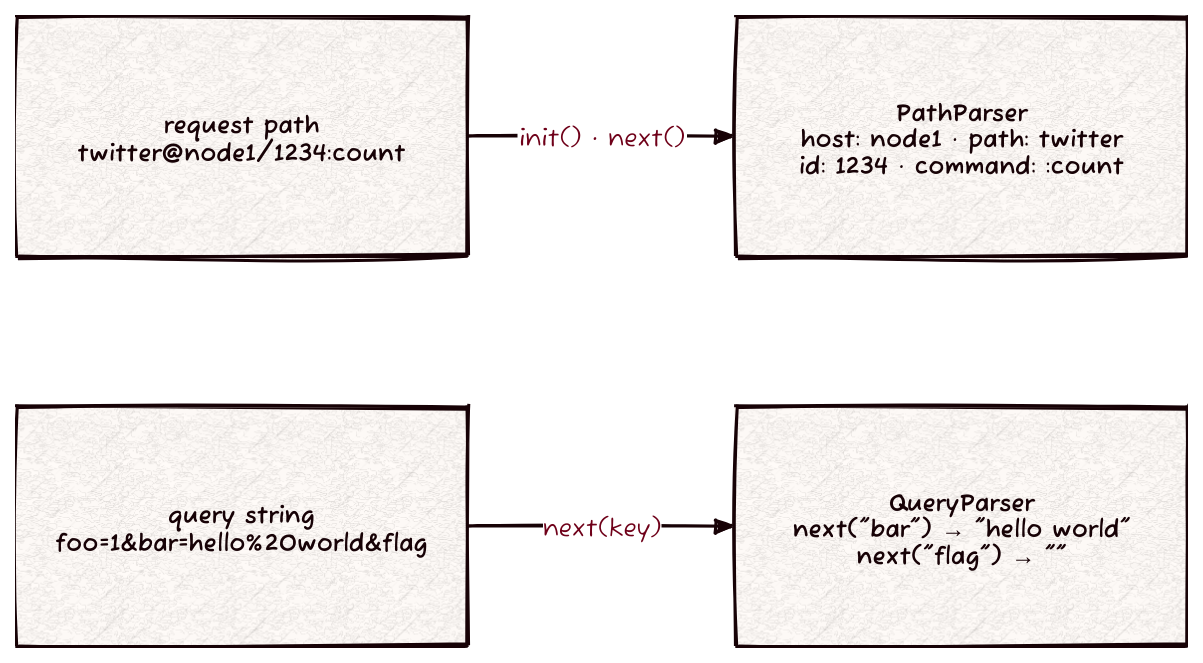
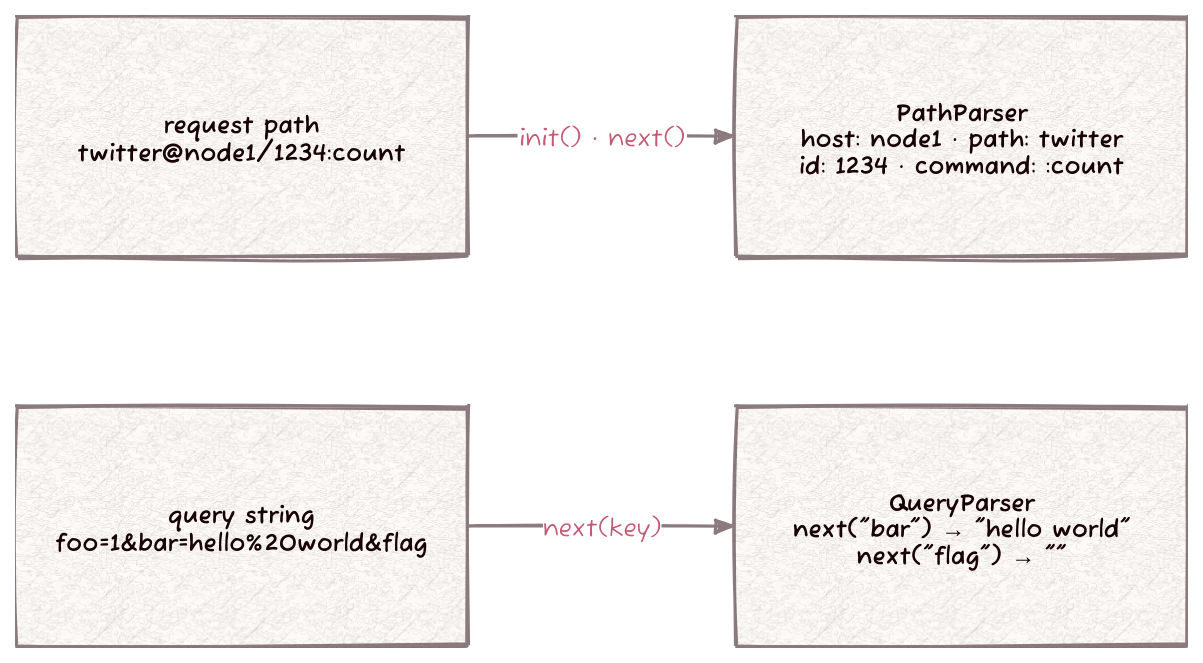
The diagram in docs/url-parser.d2 (Kronuz/url-parser), drawn with D2 before and after one commit. The commit also changed 1 other file, not shown here.

Commit message:
Render the README diagram for light and dark pages
A transparent background, mid-tone lines and mid-tone edge labels let
the one SVG read on GitHub's light and dark themes; the header carries
the settings so a plain `d2` renders it the same way.

[skip ci]

```diff
--- a/docs/url-parser.d2
+++ b/docs/url-parser.d2
@@ -1,31 +1,33 @@
 # url-parser: a request path split into its parts, and query keys read on demand.
-# Render: d2 --layout elk --sketch --theme 302 docs/url-parser.d2 docs/url-parser.svg
-vars: { d2-config: { layout-engine: elk; theme-id: 302; sketch: true; pad: 24 } }
+# Render: d2 docs/url-parser.d2 docs/url-parser.svg
+vars: { d2-config: { layout-engine: elk; theme-id: 302; sketch: true; pad: 24; theme-overrides: { B1: "#8C7B7E"; B2: "#C25B73"; N2: "#C25B73" } } }
+style.fill: transparent
+
 grid-rows: 2
 grid-columns: 2
 horizontal-gap: 180
 vertical-gap: 100
 
 path: path {
   width: 300
   height: 160
   label: "request path\ntwitter@node1/1234:count"
 }
 parts: PathParser {
   width: 300
   height: 160
   label: "PathParser\nhost: node1 · path: twitter\nid: 1234 · command: :count"
 }
 query: query {
   width: 300
   height: 160
   label: "query string\nfoo=1&bar=hello%20world&flag"
 }
 qp: QueryParser {
   width: 300
   height: 160
   label: "QueryParser\nnext(\"bar\") → \"hello world\"\nnext(\"flag\") → \"\""
 }
 
 path -> parts: "init() · next()"
 query -> qp: "next(key)"
```
